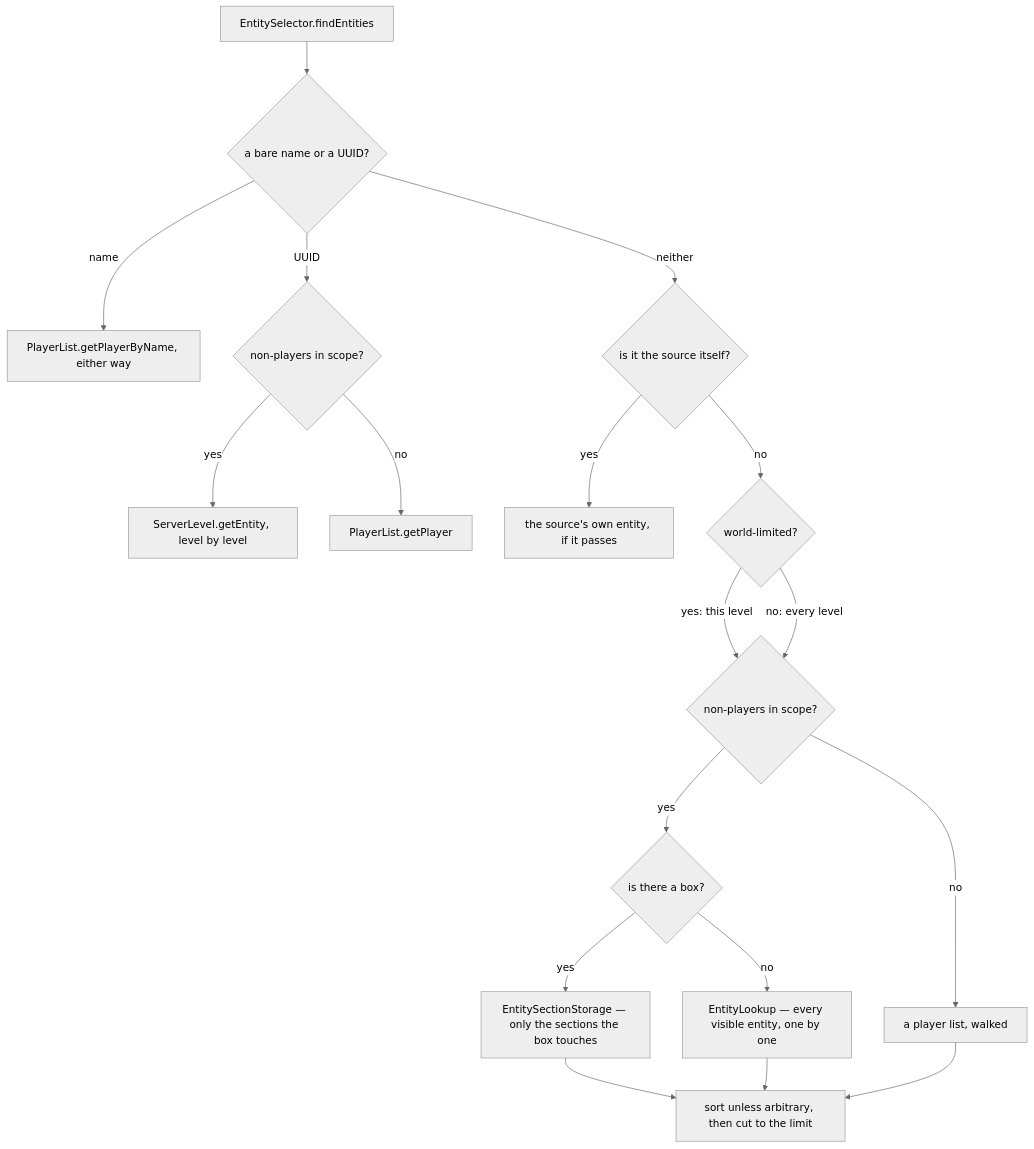
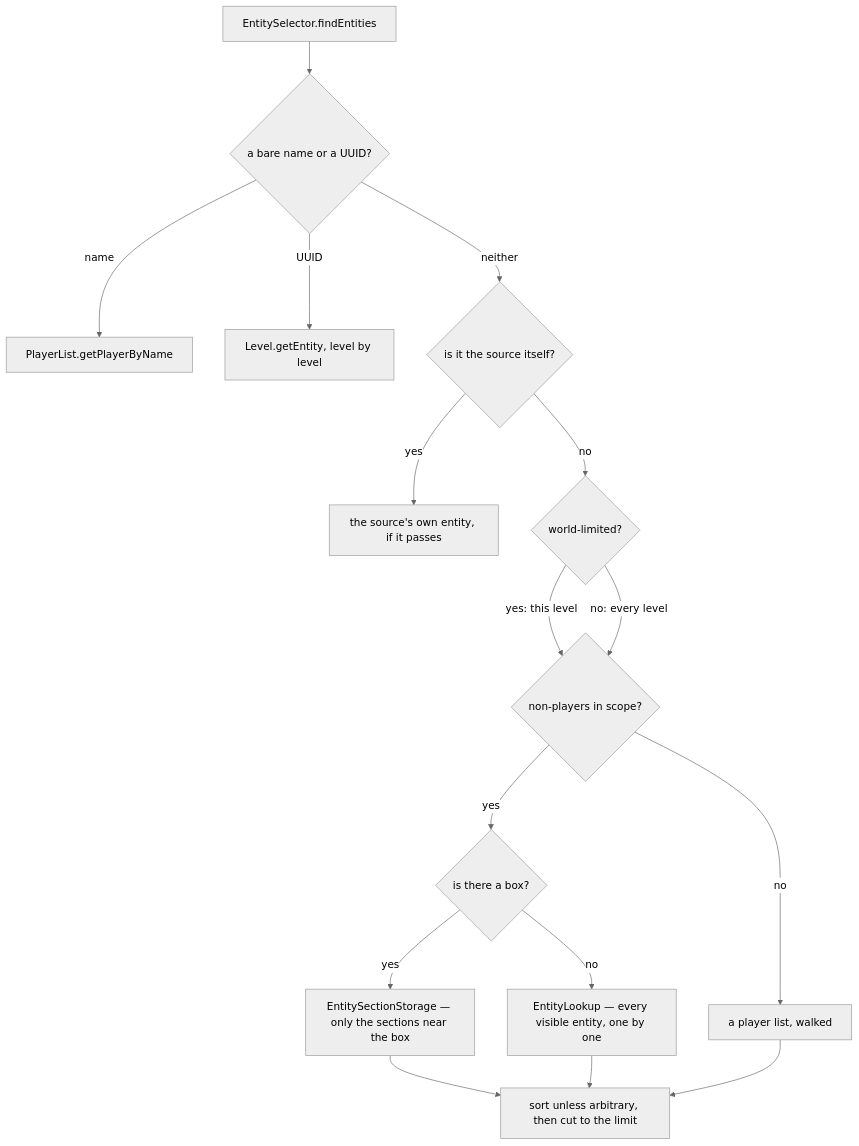
The second of 2 diagrams in src/systems/commands/entity-selectors.md (AlexanderjFraser/MinecraftDocs), drawn with Mermaid (neutral theme) before and after one commit. The commit also changed other lines of this file and 19 other files, not shown here.

````diff
--- a/src/systems/commands/entity-selectors.md
+++ b/src/systems/commands/entity-selectors.md
@@ -165,20 +157,18 @@
 ```mermaid
 flowchart TD
     A["EntitySelector.findEntities"] --> C{"a bare name or a UUID?"}
-    C -- name --> N["PlayerList.getPlayerByName, either way"]
-    C -- UUID --> B1{"non-players in scope?"}
-    B1 -- yes --> UE["ServerLevel.getEntity, level by level"]
-    B1 -- no --> UP["PlayerList.getPlayer"]
+    C -- name --> N["PlayerList.getPlayerByName"]
+        C -- UUID --> UE["Level.getEntity, level by level"]
     C -- neither --> D{"is it the source itself?"}
     D -- yes --> S["the source's own entity, if it passes"]
     D -- no --> E{"world-limited?"}
     E -- "yes: this level" --> B2{"non-players in scope?"}
     E -- "no: every level" --> B2
     B2 -- no --> PL["a player list, walked"]
     B2 -- yes --> H{"is there a box?"}
-    H -- yes --> I["EntitySectionStorage — only the sections the box touches"]
+    H -- yes --> I["EntitySectionStorage — only the sections near the box"]
     H -- no --> J["EntityLookup — every visible entity, one by one"]
     I --> K["sort unless arbitrary, then cut to the limit"]
     J --> K
     PL --> K
 ```
````
